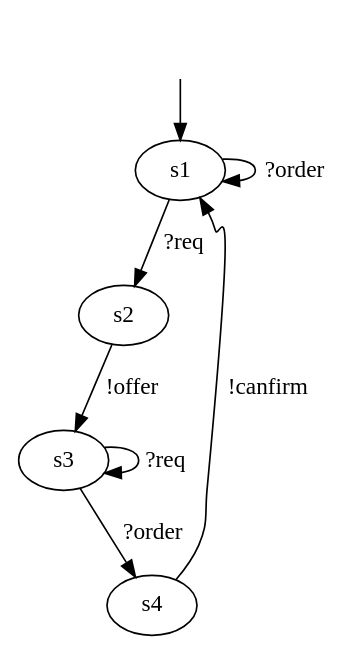
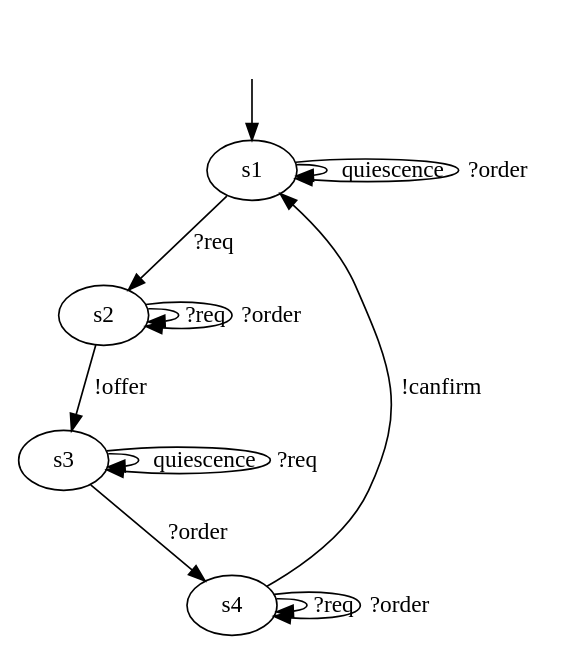
Before and after one commit to haubitzer/AALpy: the diagram in DotModels/Iolts/09_iolts.dot, drawn with Graphviz. The commit also changed 8 other files, not shown here.

```diff
--- a/DotModels/Iolts/09_iolts.dot
+++ b/DotModels/Iolts/09_iolts.dot
@@ -1,17 +1,20 @@
-digraph {
+digraph "../../DotModels/Iolts/09_iolts" {
 s1 [label=s1];
 s2 [label=s2];
 s3 [label=s3];
 s4 [label=s4];
-
-
+s1 -> s1  [label=quiescence];
+s1 -> s1  [label="?order"];
 s1 -> s2  [label="?req"];
-s1 -> s1  [label="?order"];
 s2 -> s3  [label="!offer"];
+s2 -> s2  [label="?req"];
+s2 -> s2  [label="?order"];
+s3 -> s3  [label=quiescence];
+s3 -> s3  [label="?req"];
 s3 -> s4  [label="?order"];
-s3 -> s3  [label="?req"];
 s4 -> s1  [label="!canfirm"];
-
+s4 -> s4  [label="?req"];
+s4 -> s4  [label="?order"];
 __start0 [label="", shape=none];
 __start0 -> s1  [label=""];
 }
```
